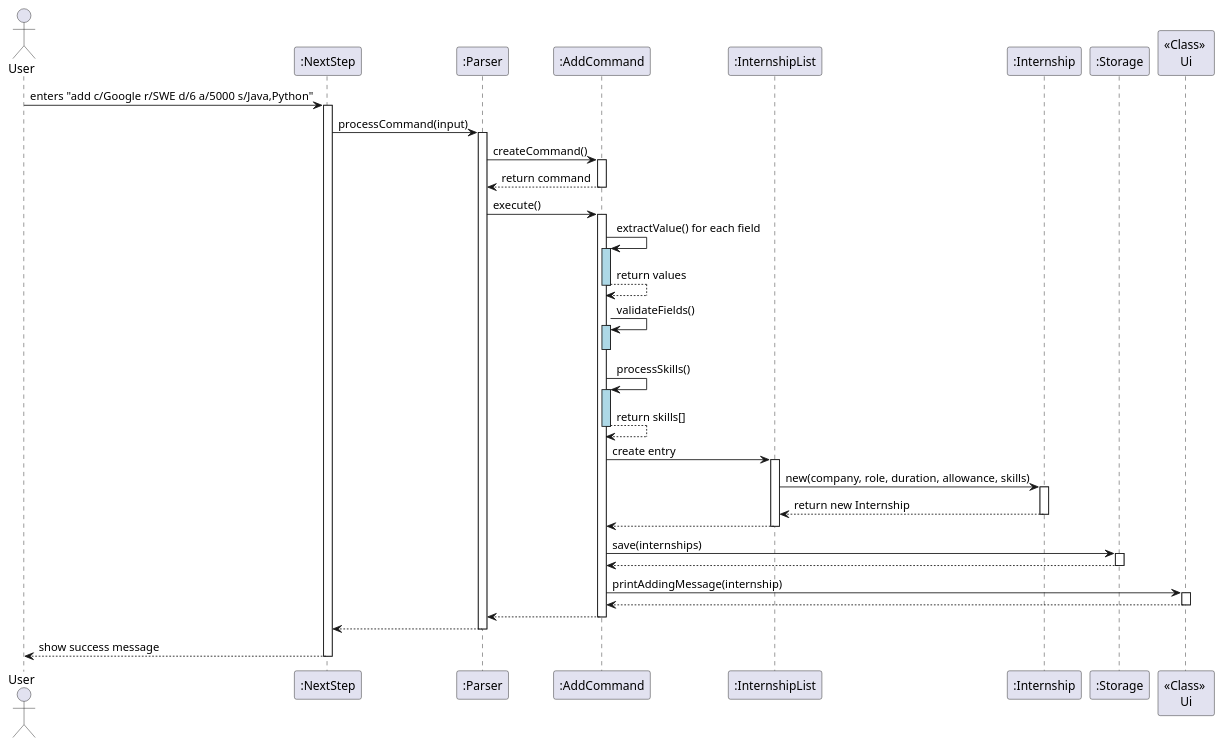
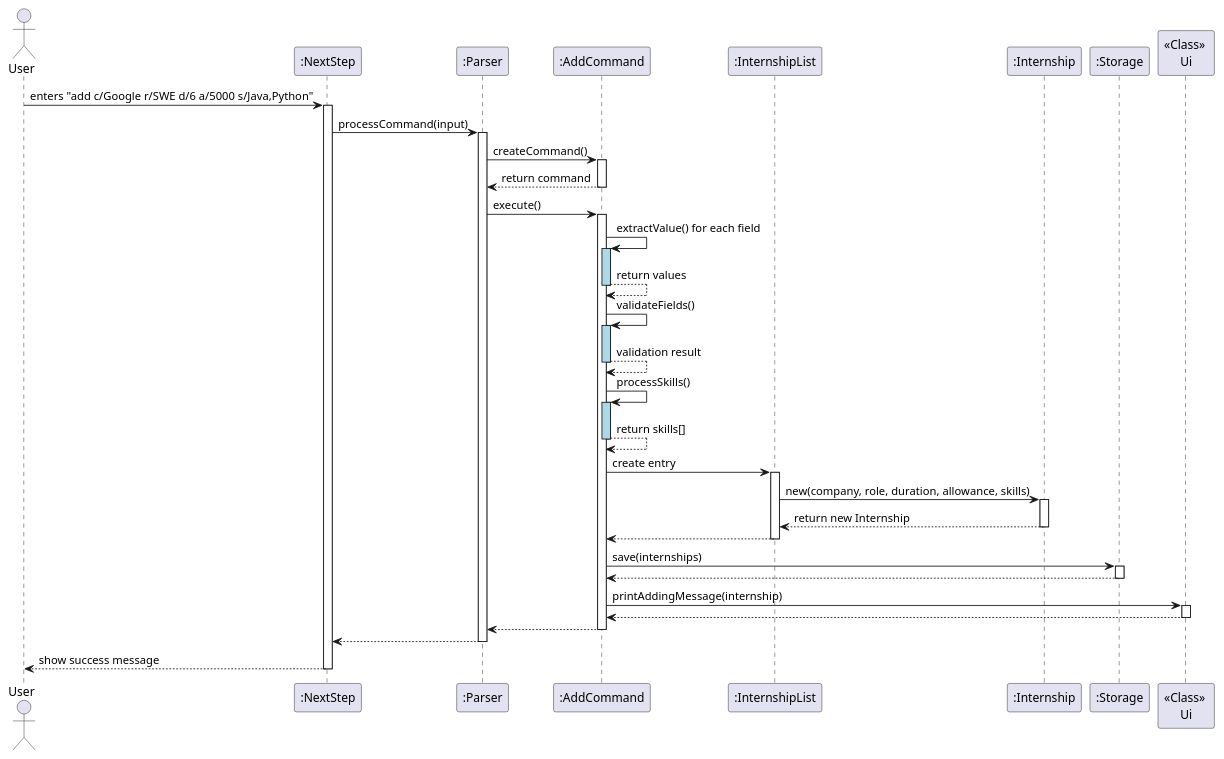
The diagram in docs/diagrams/addCommandSequence.puml (xyanjun02/tp), drawn with PlantUML before and after one commit. The commit also changed 3 other files, not shown here.

Commit message:
Bug fix: duplicate flags & uml diagram arrow

```diff
--- a/docs/diagrams/addCommandSequence.puml
+++ b/docs/diagrams/addCommandSequence.puml
@@ -1,68 +1,69 @@
 @startuml
 'https://plantuml.com/sequence-diagram
 
 actor User
 participant ":NextStep" as NextStep
 participant ":Parser" as Parser
 participant ":AddCommand" as AddCommand
 participant ":InternshipList" as InternshipList
 participant ":Internship" as Internship
 participant ":Storage" as Storage
 participant "<<Class>> \nUi" as Ui
 
 User -> NextStep : enters "add c/Google r/SWE d/6 a/5000 s/Java,Python"
 activate NextStep
 
 NextStep -> Parser : processCommand(input)
 activate Parser
 
 Parser -> AddCommand : createCommand()
 activate AddCommand
 AddCommand --> Parser : return command
 deactivate AddCommand
 
 Parser -> AddCommand : execute()
 activate AddCommand
 
 AddCommand -> AddCommand : extractValue() for each field
 activate AddCommand #lightblue
 AddCommand --> AddCommand : return values
 deactivate AddCommand
 
 AddCommand -> AddCommand : validateFields()
 activate AddCommand #lightblue
+AddCommand --> AddCommand : validation result
 deactivate AddCommand
 
 AddCommand -> AddCommand : processSkills()
 activate AddCommand #lightblue
 AddCommand --> AddCommand : return skills[]
 deactivate AddCommand
 
 AddCommand -> InternshipList : create entry
 activate InternshipList
 InternshipList -> Internship : new(company, role, duration, allowance, skills)
 activate Internship
 Internship --> InternshipList : return new Internship
 deactivate Internship
 InternshipList --> AddCommand
 deactivate InternshipList
 
 AddCommand -> Storage : save(internships)
 activate Storage
 Storage --> AddCommand
 deactivate Storage
 
 AddCommand -> Ui : printAddingMessage(internship)
 activate Ui
 Ui --> AddCommand
 deactivate Ui
 
 AddCommand --> Parser
 deactivate AddCommand
 
 Parser --> NextStep
 deactivate Parser
 
 NextStep --> User : show success message
 deactivate NextStep
 @enduml
```
